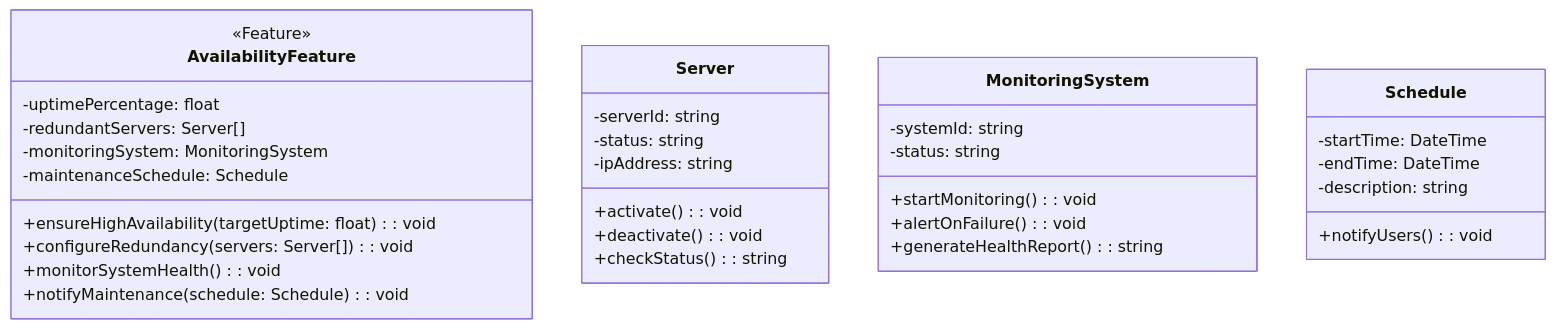
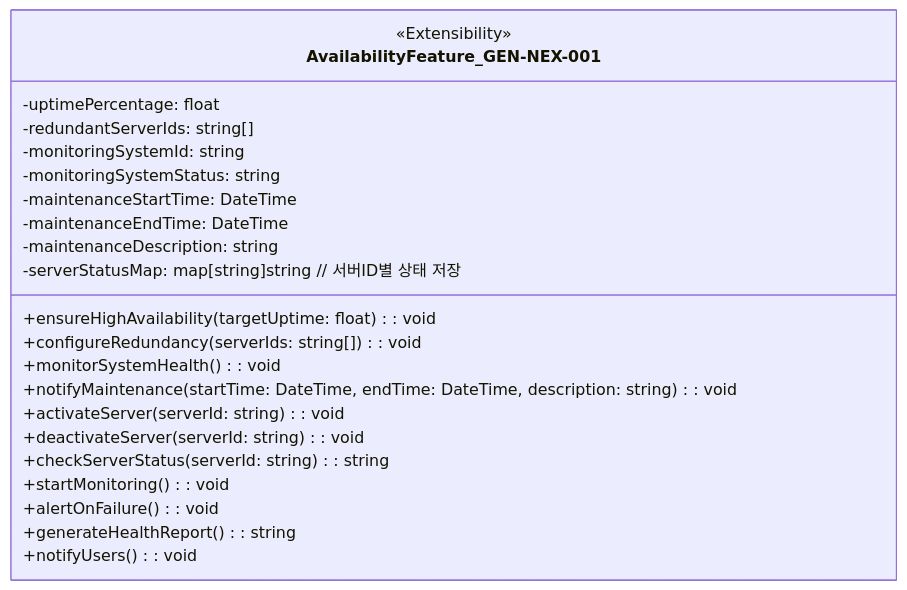
Before and after one commit to sun922/University-SoftwareDesign: diagram 31 of 39 in 1. Requirement Analysis/Software Requirements Specification.md, drawn with Mermaid. The commit also changed other lines of this file, not shown here.

Commit message:
디자인, 품질, 제약 요구사항 클래스 다이어그램 추가

````diff
--- a/1. Requirement Analysis/Software Requirements Specification.md
+++ b/1. Requirement Analysis/Software Requirements Specification.md
@@ -1086,42 +1099,27 @@
 ```mermaid
 classDiagram
-    class AvailabilityFeature {
-        <<Feature>>
+    class AvailabilityFeature_GEN-NEX-001 {
+        <<Extensibility>>
         -uptimePercentage: float
-        -redundantServers: Server[]
-        -monitoringSystem: MonitoringSystem
-        -maintenanceSchedule: Schedule
+        -redundantServerIds: string[]
+        -monitoringSystemId: string
+        -monitoringSystemStatus: string
+        -maintenanceStartTime: DateTime
+        -maintenanceEndTime: DateTime
+        -maintenanceDescription: string
+        -serverStatusMap: map[string]string  // 서버ID별 상태 저장
 
         +ensureHighAvailability(targetUptime: float): void
-        +configureRedundancy(servers: Server[]): void
+        +configureRedundancy(serverIds: string[]): void
         +monitorSystemHealth(): void
-        +notifyMaintenance(schedule: Schedule): void
-    }
-
-    class Server {
-        -serverId: string
-        -status: string
-        -ipAddress: string
-
-        +activate(): void
-        +deactivate(): void
-        +checkStatus(): string
-    }
-
-    class MonitoringSystem {
-        -systemId: string
-        -status: string
-
+        +notifyMaintenance(startTime: DateTime, endTime: DateTime, description: string): void
+        +activateServer(serverId: string): void
+        +deactivateServer(serverId: string): void
+        +checkServerStatus(serverId: string): string
         +startMonitoring(): void
         +alertOnFailure(): void
         +generateHealthReport(): string
+        +notifyUsers(): void
     }
 
-    class Schedule {
-        -startTime: DateTime
-        -endTime: DateTime
-        -description: string
-
-        +notifyUsers(): void
-    }
 ```
````
